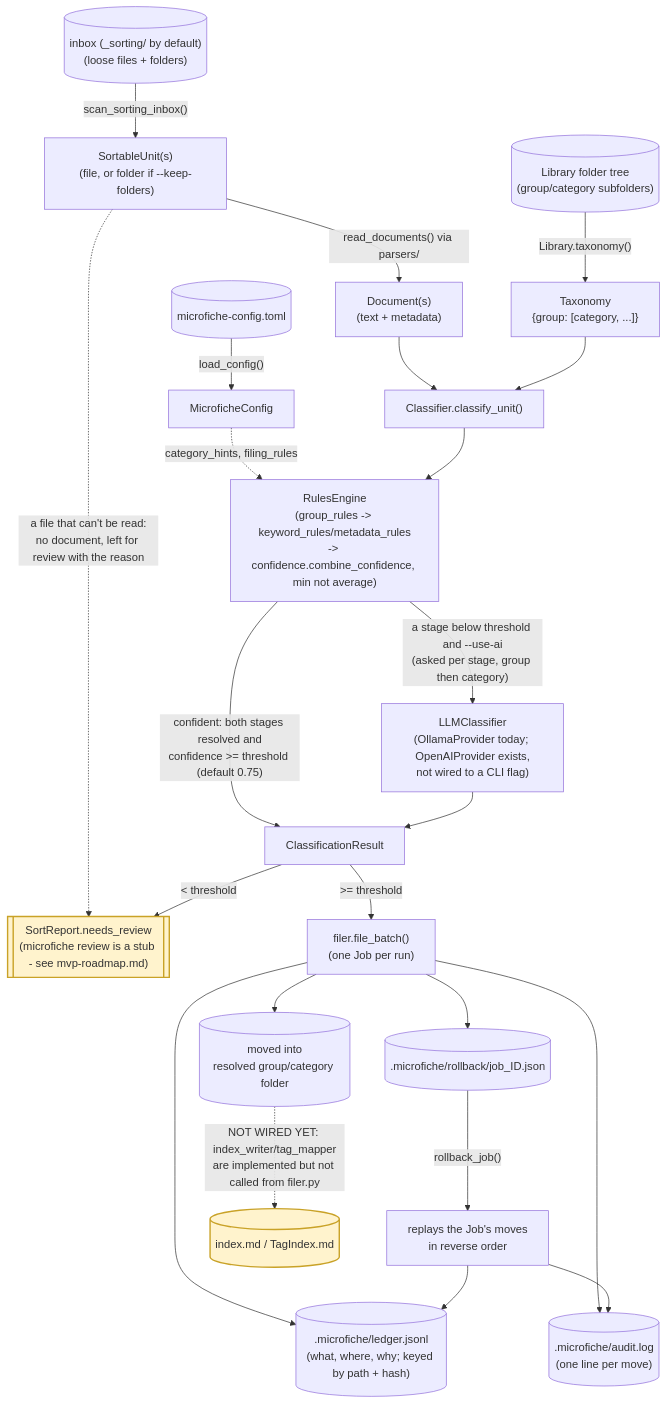
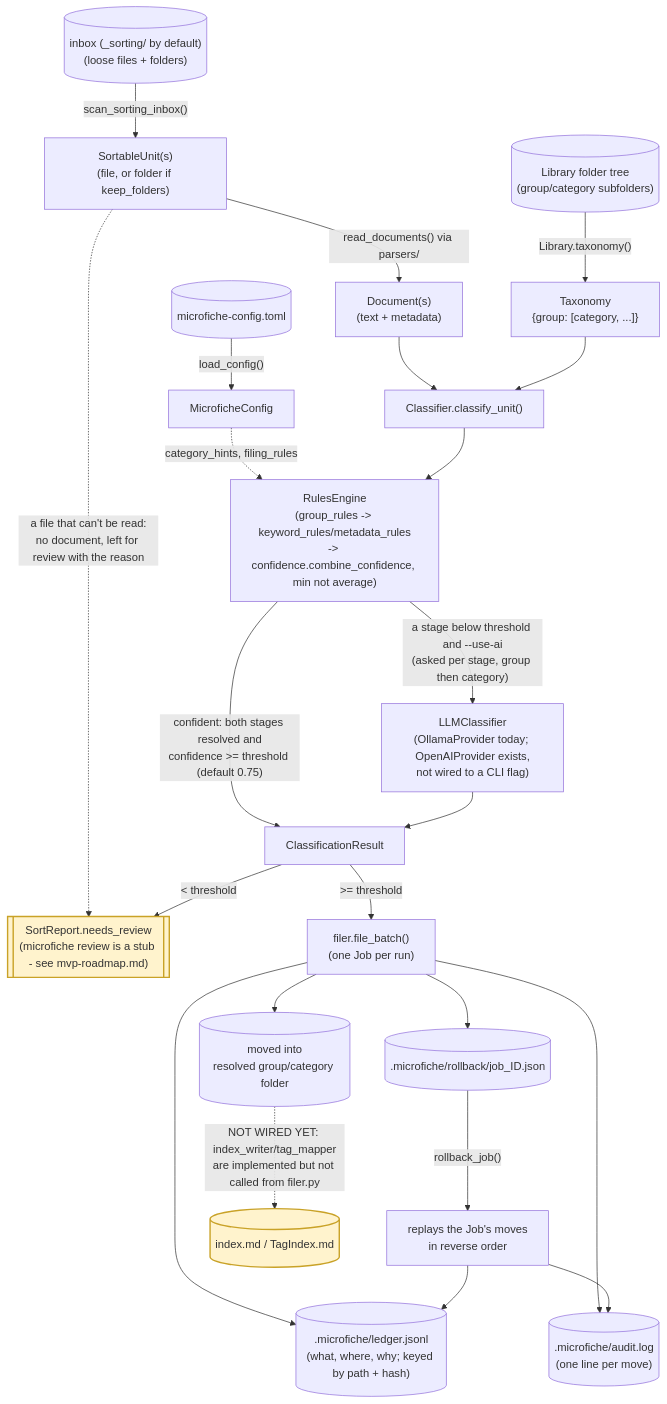
The second of 2 diagrams in docs/development/module-diagram.md (richard-gledhill/microfiche), drawn with Mermaid before and after one commit. The commit also changed 6 other files, not shown here.

First line of the commit message:
docs: document keep_folders and the folder flags

````diff
--- a/docs/development/module-diagram.md
+++ b/docs/development/module-diagram.md
@@ -216,36 +216,36 @@
 ```mermaid
 flowchart TD
     LibraryTree[("Library folder tree\n(group/category subfolders)")]
     SortingInbox[("inbox (_sorting/ by default)\n(loose files + folders)")]
     ConfigFile[("microfiche-config.toml")]
 
     LibraryTree -->|"Library.taxonomy()"| Taxonomy["Taxonomy\n{group: [category, ...]}"]
     ConfigFile -->|"load_config()"| Config["MicroficheConfig"]
-    SortingInbox -->|"scan_sorting_inbox()"| Units["SortableUnit(s)\n(file, or folder if --keep-folders)"]
+    SortingInbox -->|"scan_sorting_inbox()"| Units["SortableUnit(s)\n(file, or folder if keep_folders)"]
     Units -->|"read_documents() via parsers/"| Documents["Document(s)\n(text + metadata)"]
     Units -.->|"a file that can't be read:\nno document, left for review with the reason"| NeedsReview
 
     Documents --> ClassifyUnit["Classifier.classify_unit()"]
     Taxonomy --> ClassifyUnit
     Config -.->|"category_hints, filing_rules"| RulesEngine
     ClassifyUnit --> RulesEngine["RulesEngine\n(group_rules -> keyword_rules/metadata_rules\n-> confidence.combine_confidence, min not average)"]
     RulesEngine -->|"confident: both stages resolved and\nconfidence >= threshold (default 0.75)"| Result["ClassificationResult"]
     RulesEngine -->|"a stage below threshold and --use-ai\n(asked per stage, group then category)"| LLM["LLMClassifier\n(OllamaProvider today; OpenAIProvider exists,\nnot wired to a CLI flag)"]
     LLM --> Result
 
     Result -->|">= threshold"| FileUnit["filer.file_batch()\n(one Job per run)"]
     Result -->|"< threshold"| NeedsReview[["SortReport.needs_review\n(microfiche review is a stub - see mvp-roadmap.md)"]]
 
     FileUnit --> FiledDoc[("moved into\nresolved group/category folder")]
     FileUnit --> Ledger[(".microfiche/ledger.jsonl\n(what, where, why; keyed by path + hash)")]
     FileUnit --> AuditLog[(".microfiche/audit.log\n(one line per move)")]
     FileUnit --> JobFile[(".microfiche/rollback/job_ID.json")]
     JobFile -->|"rollback_job()"| Rollback["replays the Job's moves\nin reverse order"]
     Rollback --> Ledger
     Rollback --> AuditLog
 
     FiledDoc -.->|"NOT WIRED YET: index_writer/tag_mapper\nare implemented but not called from filer.py"| ObsidianOut[("index.md / TagIndex.md")]
 
     classDef gap fill:#fff3cd,stroke:#c9a227,stroke-width:2px
     class NeedsReview,ObsidianOut gap
 ```
````
